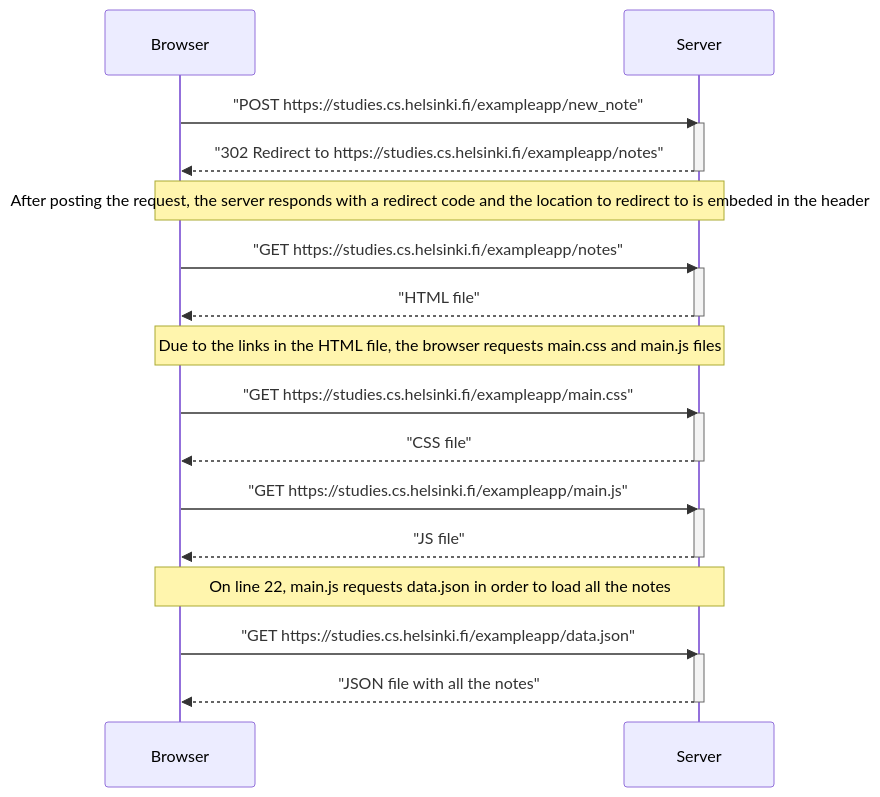
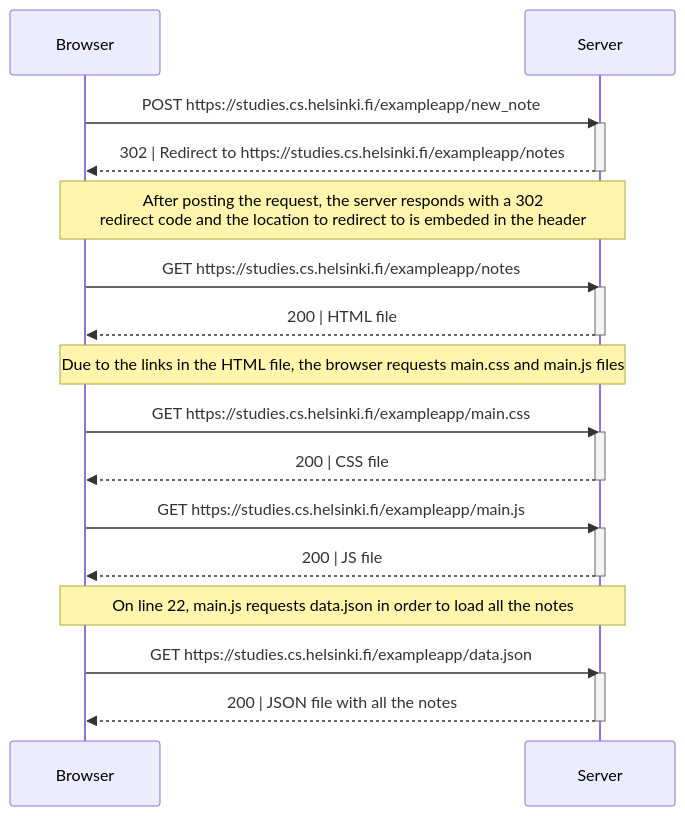
The diagram in part0/0.4-new_note_diagram.md (rsvives/fullstack-open), drawn with Mermaid before and after one commit.

Commit message:
exercise 4

````diff
--- a/part0/0.4-new_note_diagram.md
+++ b/part0/0.4-new_note_diagram.md
@@ -1,39 +1,39 @@
 ```mermaid
 sequenceDiagram
 
     participant B as Browser
     participant S as Server
 
-    B->>S:"POST https://studies.cs.helsinki.fi/exampleapp/new_note"
+    B->>S:POST https://studies.cs.helsinki.fi/exampleapp/new_note
     activate S
-    S-->>B:"302 Redirect to https://studies.cs.helsinki.fi/exampleapp/notes"
+    S-->>B:302 | Redirect to https://studies.cs.helsinki.fi/exampleapp/notes
     deactivate S
 
-    Note over B,S: After posting the request, the server responds with a redirect code and the location to redirect to is embeded in the header
+    Note over B,S: After posting the request, the server responds with a 302<br> redirect code and the location to redirect to is embeded in the header
 
-    B->>S: "GET https://studies.cs.helsinki.fi/exampleapp/notes"
+    B->>S: GET https://studies.cs.helsinki.fi/exampleapp/notes
     activate S
-    S-->>B: "HTML file"
+    S-->>B: 200 | HTML file
     deactivate S
 
     Note over B,S: Due to the links in the HTML file, the browser requests main.css and main.js files
 
-    B->>S: "GET https://studies.cs.helsinki.fi/exampleapp/main.css"
+    B->>S: GET https://studies.cs.helsinki.fi/exampleapp/main.css
     activate S
-    S-->>B: "CSS file"
+    S-->>B: 200 | CSS file
     deactivate S
 
-    B->>S: "GET https://studies.cs.helsinki.fi/exampleapp/main.js"
+    B->>S: GET https://studies.cs.helsinki.fi/exampleapp/main.js
     activate S
-    S-->>B: "JS file"
+    S-->>B: 200 | JS file
     deactivate S
 
     Note over B,S: On line 22, main.js requests data.json in order to load all the notes
 
-    B->>S: "GET https://studies.cs.helsinki.fi/exampleapp/data.json"
+    B->>S: GET https://studies.cs.helsinki.fi/exampleapp/data.json
     activate S
-    S-->>B: "JSON file with all the notes"
+    S-->>B: 200 | JSON file with all the notes
     deactivate S
 
 
 ```
````
